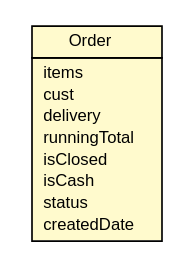
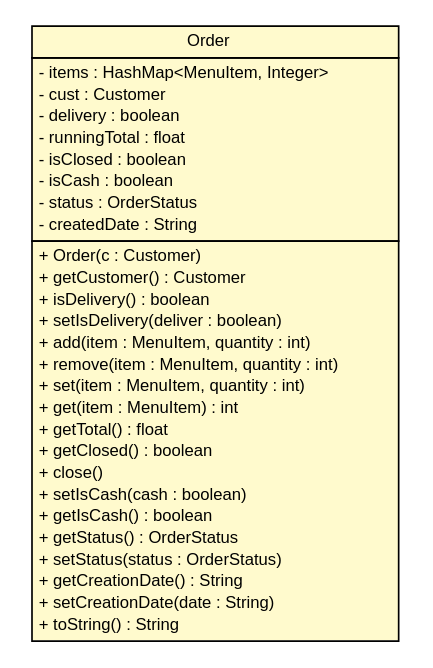
One commit to DDevine/CrapPOS changed the diagram in docs/au/edu/griffith/ict/Order.dot. Above: the diagram before and after it, drawn with Graphviz. The commit also changed 50 other files, not shown here.

```diff
--- a/docs/au/edu/griffith/ict/Order.dot
+++ b/docs/au/edu/griffith/ict/Order.dot
@@ -1,28 +1,48 @@
 #!/usr/local/bin/dot
 #
 # Class diagram 
 # Generated by UMLGraph version 1.6 (http://www.umlgraph.org/)
 #
 
 digraph G {
 	edge [fontname="Helvetica",fontsize=10,labelfontname="Helvetica",labelfontsize=10];
 	node [fontname="Helvetica",fontsize=10,shape=plaintext];
 	nodesep=0.25;
 	ranksep=0.5;
 	// au.edu.griffith.ict.Order
-	c78 [label=<<table title="au.edu.griffith.ict.Order" border="0" cellborder="1" cellspacing="0" cellpadding="2" port="p" bgcolor="lemonChiffon" href="./Order.html">
+	c70 [label=<<table title="au.edu.griffith.ict.Order" border="0" cellborder="1" cellspacing="0" cellpadding="2" port="p" bgcolor="lemonChiffon" href="./Order.html">
 		<tr><td><table border="0" cellspacing="0" cellpadding="1">
 <tr><td align="center" balign="center"> Order </td></tr>
 		</table></td></tr>
 		<tr><td><table border="0" cellspacing="0" cellpadding="1">
-<tr><td align="left" balign="left">  items </td></tr>
-<tr><td align="left" balign="left">  cust </td></tr>
-<tr><td align="left" balign="left">  delivery </td></tr>
-<tr><td align="left" balign="left">  runningTotal </td></tr>
-<tr><td align="left" balign="left">  isClosed </td></tr>
-<tr><td align="left" balign="left">  isCash </td></tr>
-<tr><td align="left" balign="left">  status </td></tr>
-<tr><td align="left" balign="left">  createdDate </td></tr>
+<tr><td align="left" balign="left"> - items : HashMap&lt;MenuItem, Integer&gt; </td></tr>
+<tr><td align="left" balign="left"> - cust : Customer </td></tr>
+<tr><td align="left" balign="left"> - delivery : boolean </td></tr>
+<tr><td align="left" balign="left"> - runningTotal : float </td></tr>
+<tr><td align="left" balign="left"> - isClosed : boolean </td></tr>
+<tr><td align="left" balign="left"> - isCash : boolean </td></tr>
+<tr><td align="left" balign="left"> - status : OrderStatus </td></tr>
+<tr><td align="left" balign="left"> - createdDate : String </td></tr>
+		</table></td></tr>
+		<tr><td><table border="0" cellspacing="0" cellpadding="1">
+<tr><td align="left" balign="left"> + Order(c : Customer) </td></tr>
+<tr><td align="left" balign="left"> + getCustomer() : Customer </td></tr>
+<tr><td align="left" balign="left"> + isDelivery() : boolean </td></tr>
+<tr><td align="left" balign="left"> + setIsDelivery(deliver : boolean) </td></tr>
+<tr><td align="left" balign="left"> + add(item : MenuItem, quantity : int) </td></tr>
+<tr><td align="left" balign="left"> + remove(item : MenuItem, quantity : int) </td></tr>
+<tr><td align="left" balign="left"> + set(item : MenuItem, quantity : int) </td></tr>
+<tr><td align="left" balign="left"> + get(item : MenuItem) : int </td></tr>
+<tr><td align="left" balign="left"> + getTotal() : float </td></tr>
+<tr><td align="left" balign="left"> + getClosed() : boolean </td></tr>
+<tr><td align="left" balign="left"> + close() </td></tr>
+<tr><td align="left" balign="left"> + setIsCash(cash : boolean) </td></tr>
+<tr><td align="left" balign="left"> + getIsCash() : boolean </td></tr>
+<tr><td align="left" balign="left"> + getStatus() : OrderStatus </td></tr>
+<tr><td align="left" balign="left"> + setStatus(status : OrderStatus) </td></tr>
+<tr><td align="left" balign="left"> + getCreationDate() : String </td></tr>
+<tr><td align="left" balign="left"> + setCreationDate(date : String) </td></tr>
+<tr><td align="left" balign="left"> + toString() : String </td></tr>
 		</table></td></tr>
 		</table>>, URL="./Order.html", fontname="Helvetica", fontcolor="black", fontsize=10.0];
 }
```
